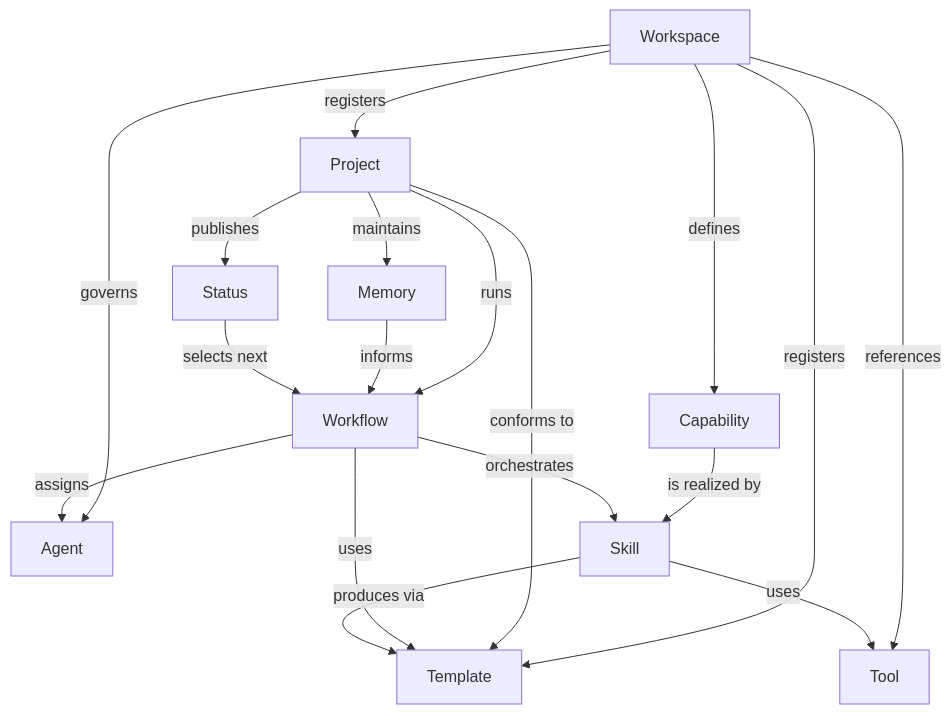
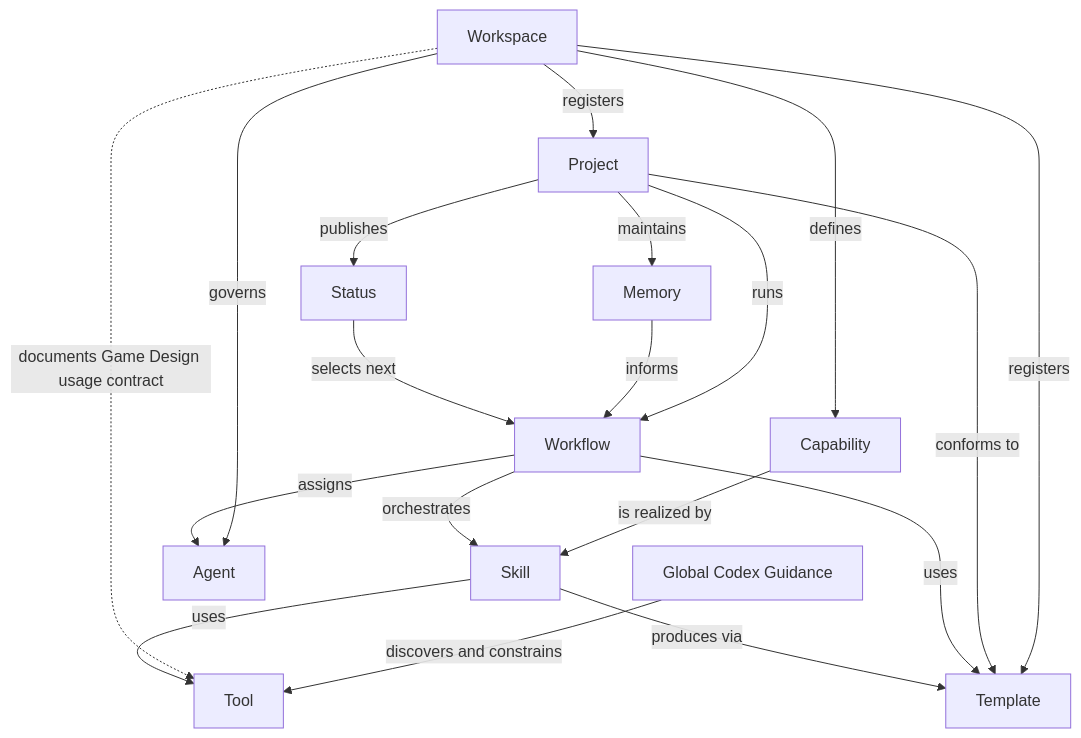
Before and after one commit to 840832144/AI-Workspace: the diagram in docs/architecture/WorkspaceKernel.md, drawn with Mermaid. The commit also changed other lines of this file and 23 other files, not shown here.

Commit message:
docs: establish global tool discovery

````diff
--- a/docs/architecture/WorkspaceKernel.md
+++ b/docs/architecture/WorkspaceKernel.md
@@ -22,22 +22,23 @@
 ```mermaid
 flowchart TD
+    G[Global Codex Guidance] -->|discovers and constrains| TOOL[Tool]
     W[Workspace] -->|registers| P[Project]
     W -->|defines| C[Capability]
     W -->|governs| A[Agent]
     W -->|registers| TPL[Template]
-    W -->|references| TOOL[Tool]
+    W -.->|documents Game Design usage contract| TOOL
 
     P -->|maintains| M[Memory]
     P -->|publishes| S[Status]
     P -->|runs| WF[Workflow]
     P -->|conforms to| TPL
 
     C -->|is realized by| SK[Skill]
     WF -->|orchestrates| SK
     WF -->|assigns| A
     WF -->|uses| TPL
     SK -->|uses| TOOL
     SK -->|produces via| TPL
     M -->|informs| WF
     S -->|selects next| WF
 ```
````
